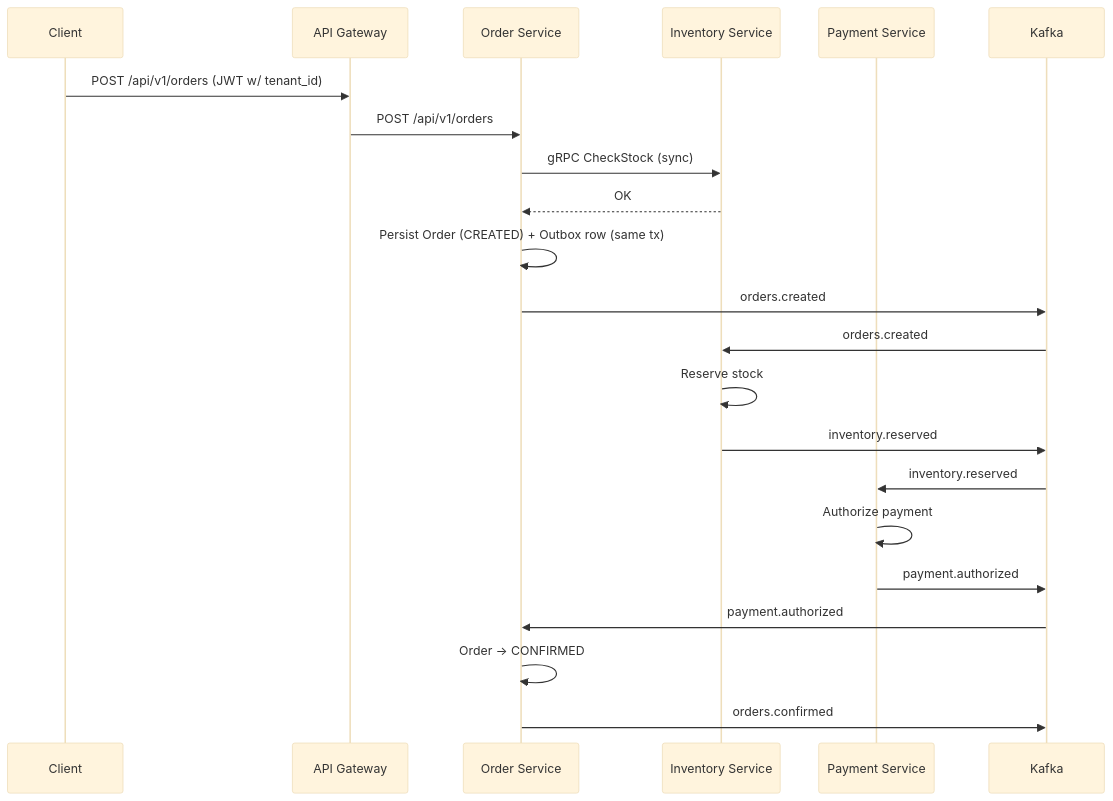
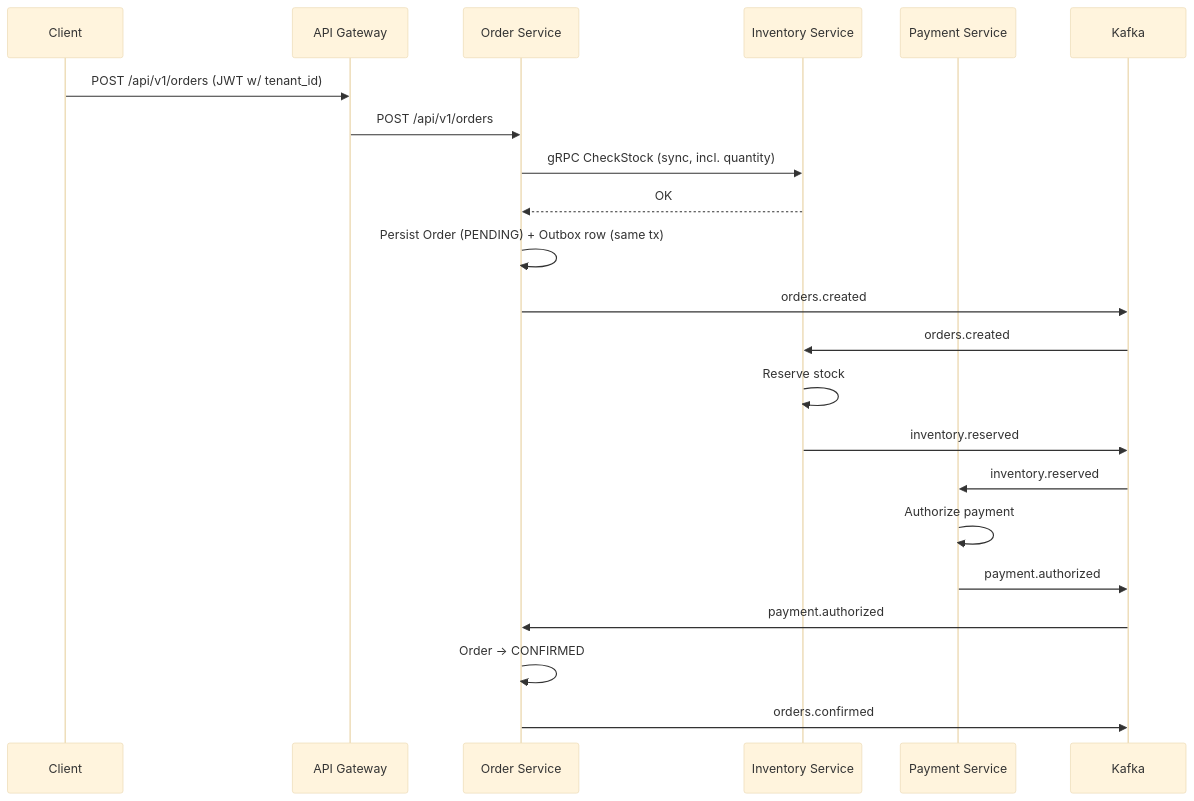
One commit to pmfml/order-flow changed the second of 2 diagrams in docs/ARCHITECTURE.md. Above: the diagram before and after it, drawn with Mermaid (base theme). The commit also changed other lines of this file and 2 other files, not shown here.

````diff
--- a/docs/ARCHITECTURE.md
+++ b/docs/ARCHITECTURE.md
@@ -153,25 +162,25 @@
 ```mermaid
 sequenceDiagram
     participant C as Client
     participant GW as API Gateway
     participant OS as Order Service
     participant IS as Inventory Service
     participant PS as Payment Service
     participant K as Kafka
 
     C->>GW: POST /api/v1/orders (JWT w/ tenant_id)
     GW->>OS: POST /api/v1/orders
-    OS->>IS: gRPC CheckStock (sync)
+    OS->>IS: gRPC CheckStock (sync, incl. quantity)
     IS-->>OS: OK
-    OS->>OS: Persist Order (CREATED) + Outbox row (same tx)
+    OS->>OS: Persist Order (PENDING) + Outbox row (same tx)
     OS->>K: orders.created
     K->>IS: orders.created
     IS->>IS: Reserve stock
     IS->>K: inventory.reserved
     K->>PS: inventory.reserved
     PS->>PS: Authorize payment
     PS->>K: payment.authorized
     K->>OS: payment.authorized
     OS->>OS: Order -> CONFIRMED
     OS->>K: orders.confirmed
 ```
````
